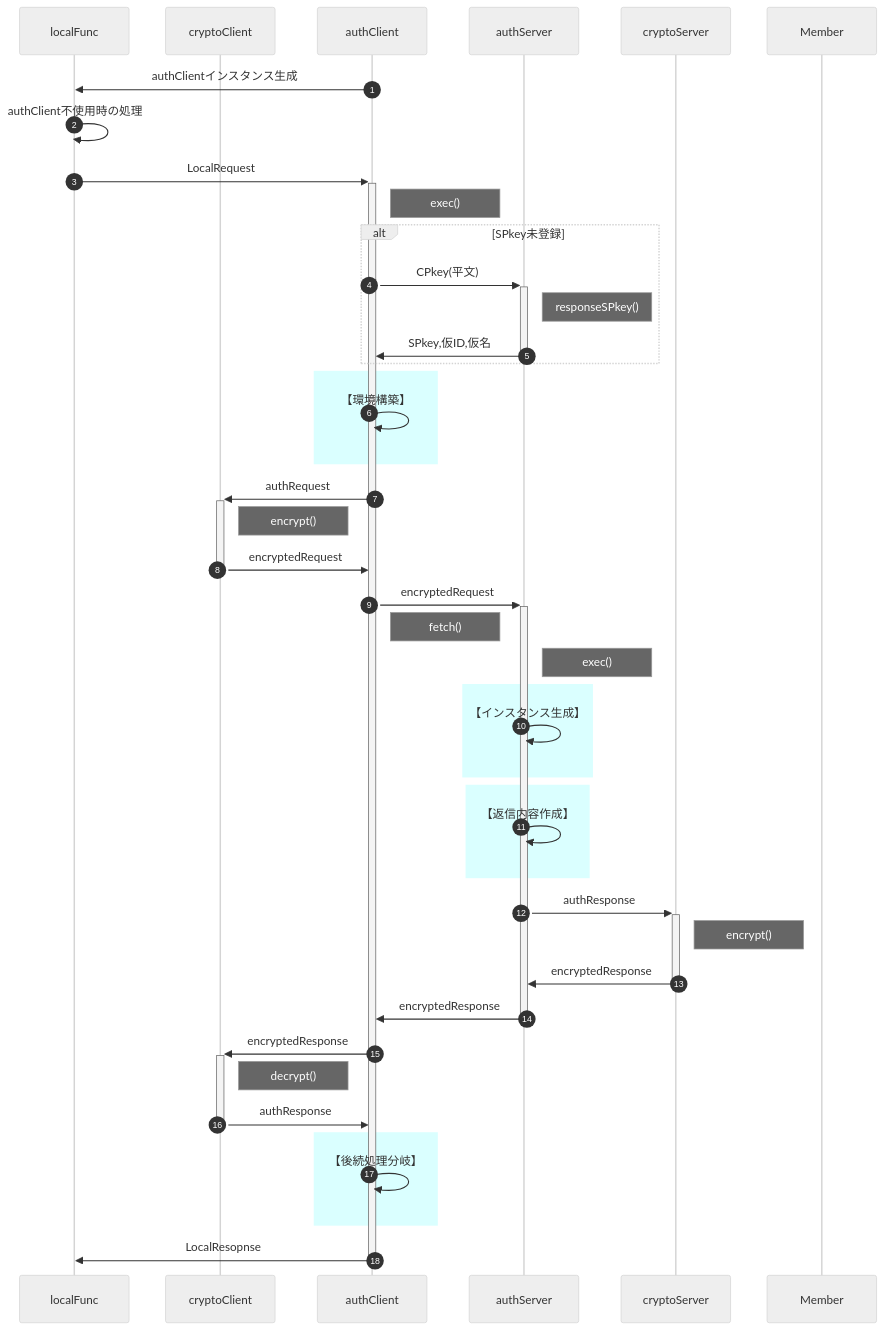
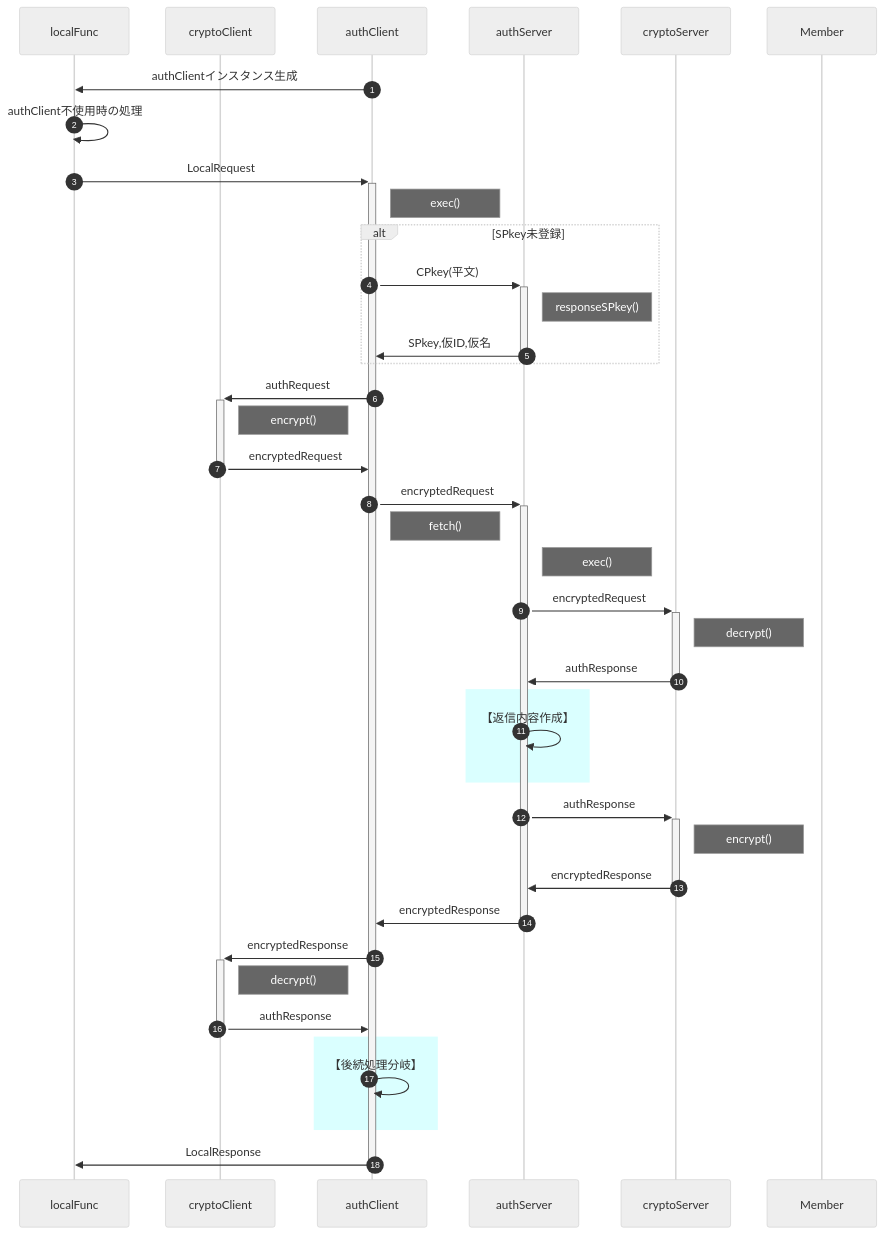
One commit to nakaone/library changed the first of 2 diagrams in underDev/Auth/doc/spec.md. Above: the diagram before and after it, drawn with Mermaid (neutral theme). The commit also changed 6 other files, not shown here.

Commit message:
旧版移行：authRequest.md

````diff
--- a/underDev/Auth/doc/spec.md
+++ b/underDev/Auth/doc/spec.md
@@ -55,72 +55,78 @@
 ```mermaid
 sequenceDiagram
   autonumber
   %%actor user
   participant localFunc
   %%participant clientMail
   %%participant IndexedDB
   participant cryptoClient
   participant authClient
   participant authServer
   participant cryptoServer
   participant Member
   %%participant serverFunc
   %%actor admin
 
   %% インスタンス生成時処理：authClientConfig読み込み、IndexedDB読み込み、pvへの保存
   authClient->>localFunc: authClientインスタンス生成
 
   localFunc->>localFunc: authClient不使用時の処理
   localFunc->>+authClient: LocalRequest
   Note right of authClient: exec()
 
   %% SPkey要求
   alt SPkey未登録
     authClient->>+authServer: CPkey(平文)
     Note right of authServer: responseSPkey()
     authServer->>-authClient: SPkey,仮ID,仮名
   end
 
+  %% 以下、必要なら復活
   %% 環境構築(SPkey要求)
-  rect rgba(218, 255, 255, 1)
-    authClient->>authClient: 【環境構築】
-  end
+  %%rect rgba(218, 255, 255, 1)
+  %%  authClient->>authClient: 【環境構築】
+  %%end
 
   %% 要求の暗号化
   authClient->>+cryptoClient: authRequest
   Note right of cryptoClient: encrypt()
   cryptoClient->>-authClient: encryptedRequest
 
   %% 処理要求
   authClient->>+authServer: encryptedRequest
   Note right of authClient: fetch()
 
   Note right of authServer: exec()
 
-  rect rgba(218, 255, 255, 1)
-    authServer->>authServer: 【インスタンス生成】
-  end
+  authServer->>+cryptoServer: encryptedRequest
+  Note right of cryptoServer: decrypt()
+  cryptoServer->>-authServer: authResponse
+
+  %% 以下、必要なら復活
+  %%rect rgba(218, 255, 255, 1)
+  %%  authServer->>authServer: 【インスタンス生成】
+  %%end
 
   rect rgba(218, 255, 255, 1)
     authServer->>authServer: 【返信内容作成】
   end
 
   authServer->>+cryptoServer: authResponse
   Note right of cryptoServer: encrypt()
   cryptoServer->>-authServer: encryptedResponse
 
   authServer->>-authClient: encryptedResponse
   authClient->>+cryptoClient: encryptedResponse
   Note right of cryptoClient: decrypt()
   cryptoClient->>-authClient: authResponse
 
   rect rgba(218, 255, 255, 1)
     authClient->>authClient: 【後続処理分岐】
   end
 
   %% 新規登録要求
   %% パスコード入力
   %% パスコード再発行
 
-  authClient->>-localFunc: LocalResopnse
+  authClient->>-localFunc: LocalResponse
 ```
````
